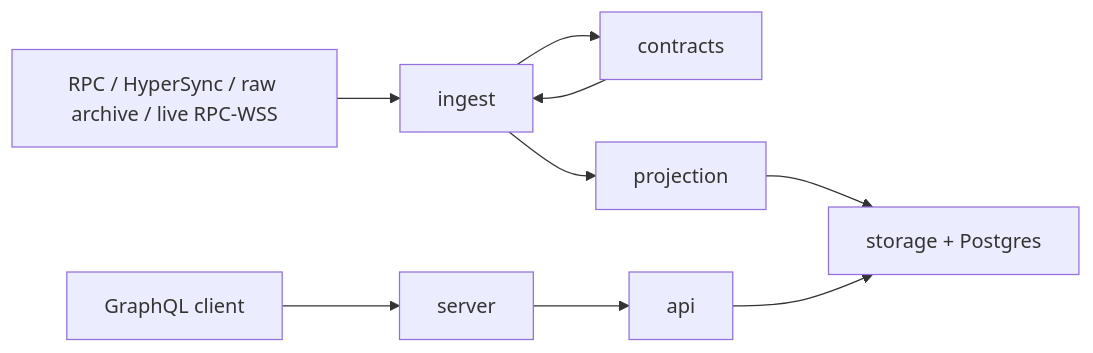
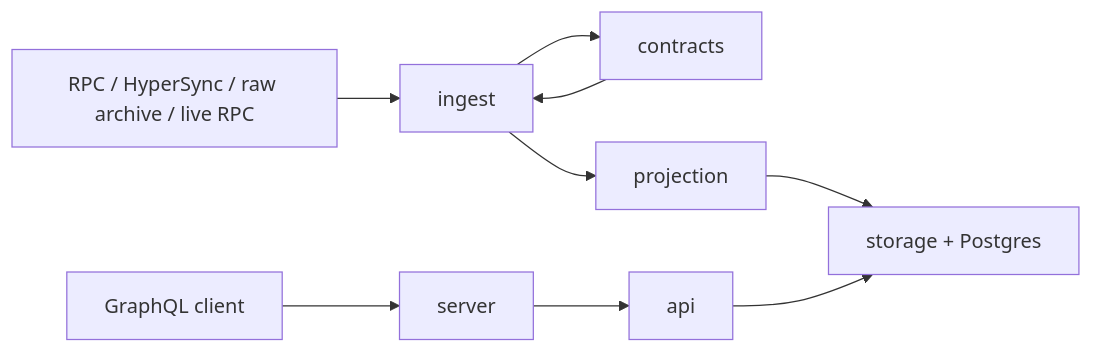
The diagram in docs/README.md (thenamespace/ensindexer-rs), drawn with Mermaid before and after one commit. The commit also changed 29 other files, not shown here.

````diff
--- a/docs/README.md
+++ b/docs/README.md
@@ -21,20 +21,20 @@
 ```mermaid
 flowchart LR
-    Source["RPC / HyperSync / raw archive / live RPC-WSS"]
+    Source["RPC / HyperSync / raw archive / live RPC"]
     Ingest["ingest"]
     Contracts["contracts"]
     Projection["projection"]
     Storage["storage + Postgres"]
     API["api"]
     Server["server"]
     Client["GraphQL client"]
 
     Source --> Ingest
     Ingest --> Contracts
     Contracts --> Ingest
     Ingest --> Projection
     Projection --> Storage
     Client --> Server
     Server --> API
     API --> Storage
 ```
````
